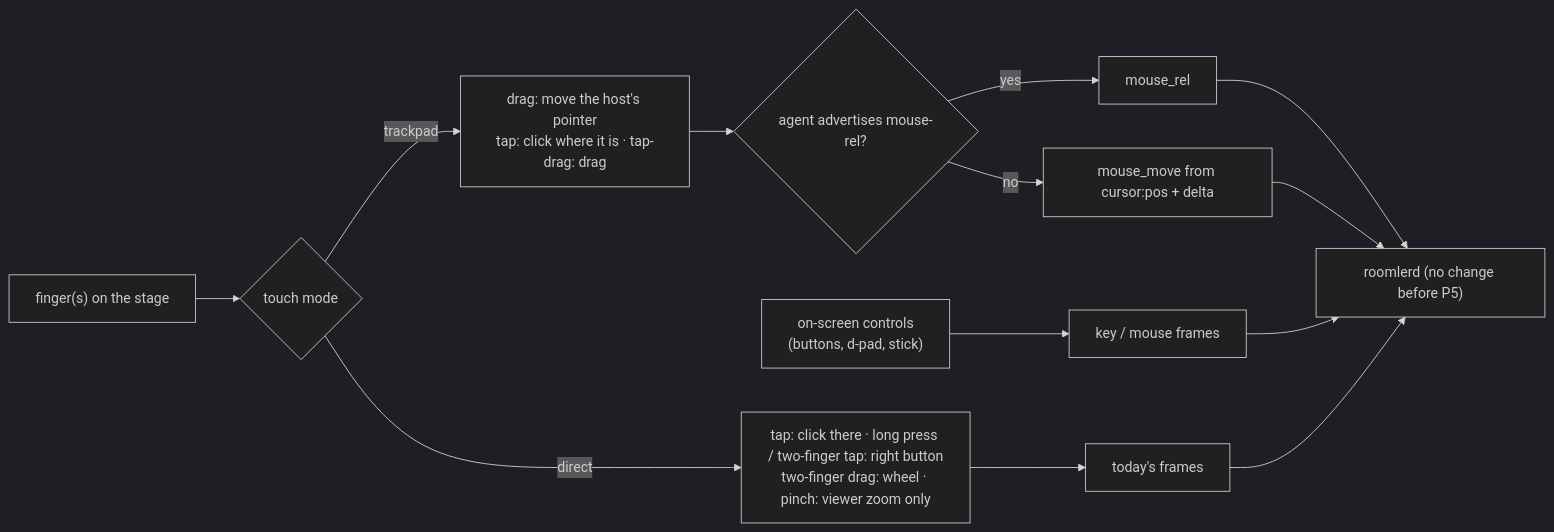
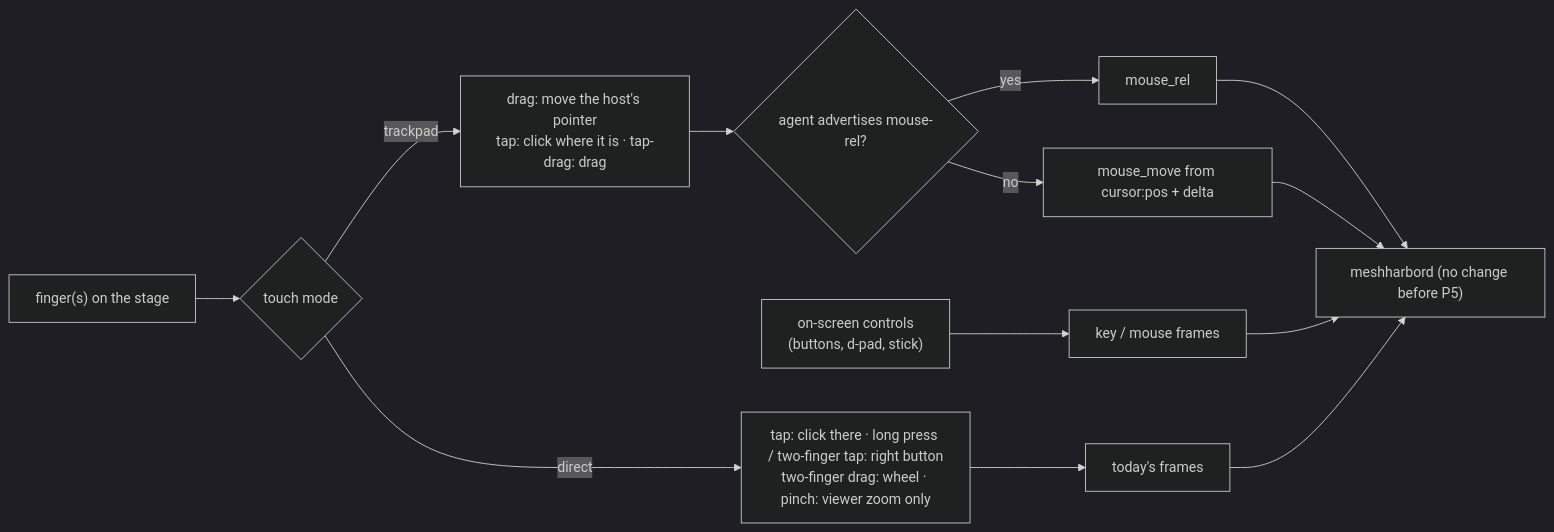
One commit to jk-zhang-meta/MeshHarbor changed the diagram in docs/fr/FR-111-touch-controls.md. Above: the diagram before and after it, drawn with Mermaid (dark theme). The commit also changed other lines of this file and 682 other files, not shown here.

````diff
--- a/docs/fr/FR-111-touch-controls.md
+++ b/docs/fr/FR-111-touch-controls.md
@@ -37,15 +37,15 @@
 ```mermaid
 flowchart LR
   F["finger(s) on the stage"] --> M{"touch mode"}
   M -- direct --> D["tap: click there · long press / two-finger tap: right button<br/>two-finger drag: wheel · pinch: viewer zoom only"]
   M -- trackpad --> T["drag: move the host's pointer<br/>tap: click where it is · tap-drag: drag"]
   T --> R{"agent advertises mouse-rel?"}
   R -- yes --> MR["mouse_rel"]
   R -- no --> MA["mouse_move from cursor:pos + delta"]
   O["on-screen controls<br/>(buttons, d-pad, stick)"] --> K["key / mouse frames"]
   D --> W["today's frames"]
-  MR --> A["roomlerd (no change before P5)"]
+  MR --> A["meshharbord (no change before P5)"]
   MA --> A
   K --> A
   W --> A
 ```
````
